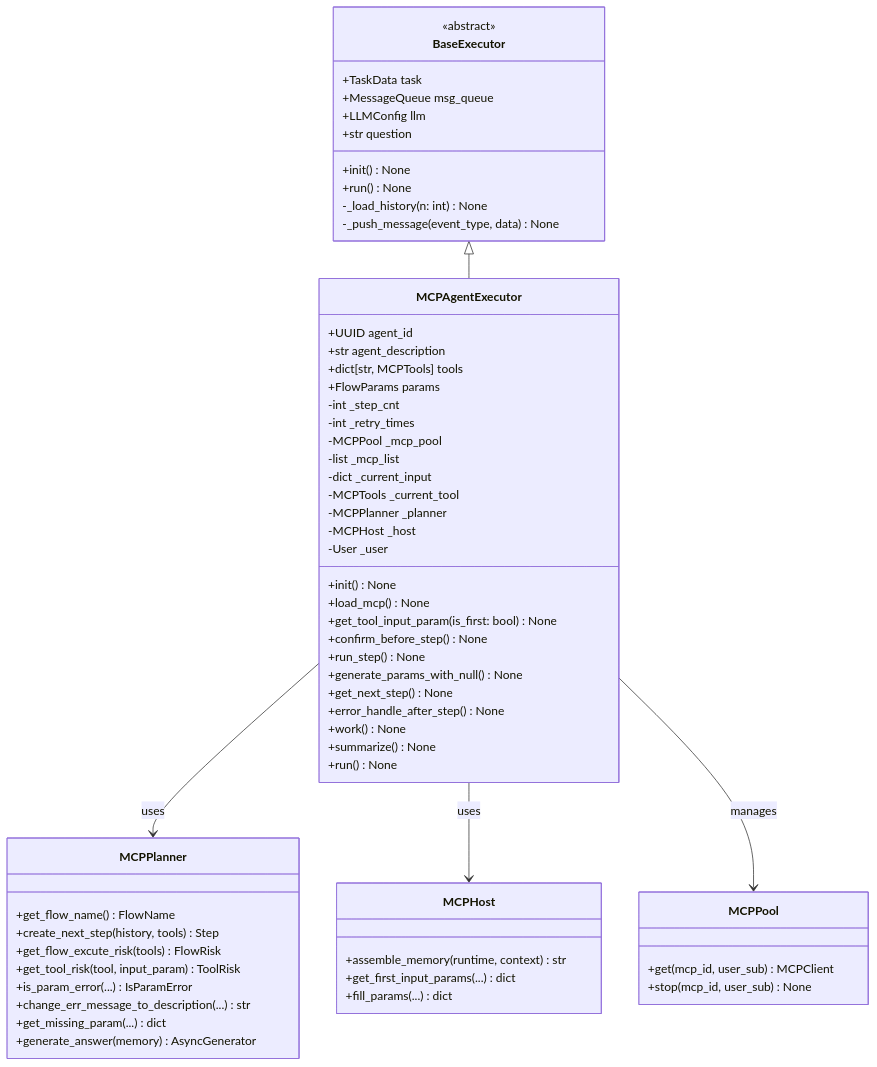
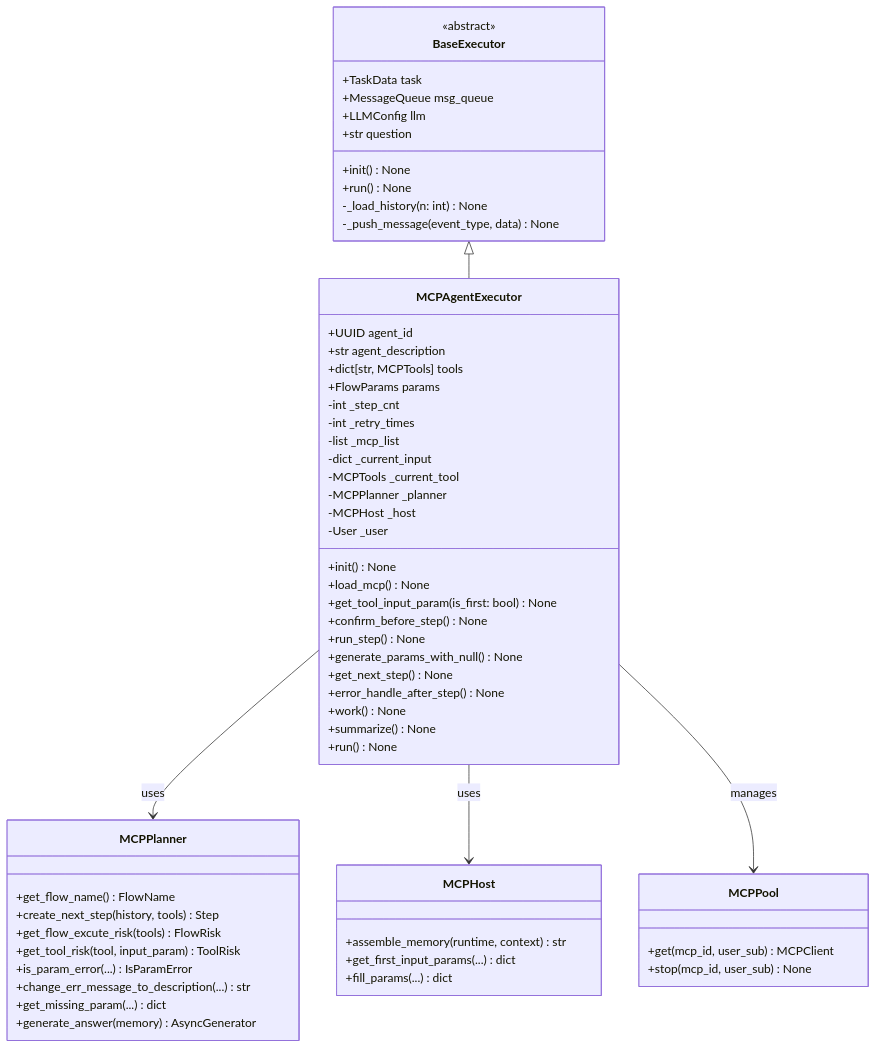
One commit to HongyuS/euler-copilot-framework changed the first of 13 diagrams in design/executor/agent.md. Above: the diagram before and after it, drawn with Mermaid. The commit also changed 28 other files, not shown here.

````diff
--- a/design/executor/agent.md
+++ b/design/executor/agent.md
@@ -28,68 +28,67 @@
 ```mermaid
 classDiagram
     class BaseExecutor {
         <<abstract>>
         +TaskData task
         +MessageQueue msg_queue
         +LLMConfig llm
         +str question
         +init() None
         +run() None
         -_load_history(n: int) None
         -_push_message(event_type, data) None
     }
 
     class MCPAgentExecutor {
         +UUID agent_id
         +str agent_description
         +dict[str, MCPTools] tools
         +FlowParams params
         -int _step_cnt
         -int _retry_times
-        -MCPPool _mcp_pool
         -list _mcp_list
         -dict _current_input
         -MCPTools _current_tool
         -MCPPlanner _planner
         -MCPHost _host
         -User _user
         +init() None
         +load_mcp() None
         +get_tool_input_param(is_first: bool) None
         +confirm_before_step() None
         +run_step() None
         +generate_params_with_null() None
         +get_next_step() None
         +error_handle_after_step() None
         +work() None
         +summarize() None
         +run() None
     }
 
     class MCPPlanner {
         +get_flow_name() FlowName
         +create_next_step(history, tools) Step
         +get_flow_excute_risk(tools) FlowRisk
         +get_tool_risk(tool, input_param) ToolRisk
         +is_param_error(...) IsParamError
         +change_err_message_to_description(...) str
         +get_missing_param(...) dict
         +generate_answer(memory) AsyncGenerator
     }
 
     class MCPHost {
         +assemble_memory(runtime, context) str
         +get_first_input_params(...) dict
         +fill_params(...) dict
     }
 
     class MCPPool {
         +get(mcp_id, user_sub) MCPClient
         +stop(mcp_id, user_sub) None
     }
 
     BaseExecutor <|-- MCPAgentExecutor
     MCPAgentExecutor --> MCPPlanner : uses
     MCPAgentExecutor --> MCPHost : uses
     MCPAgentExecutor --> MCPPool : manages
 ```
````
